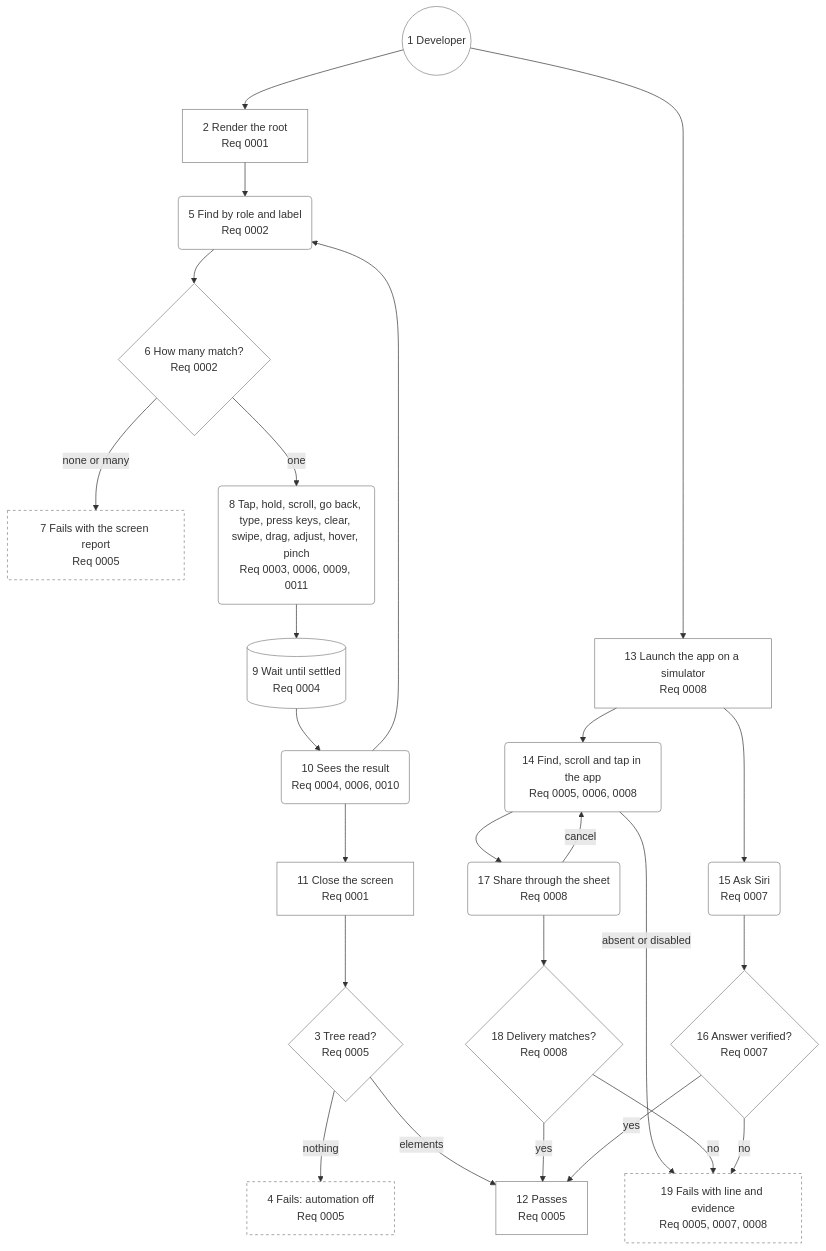
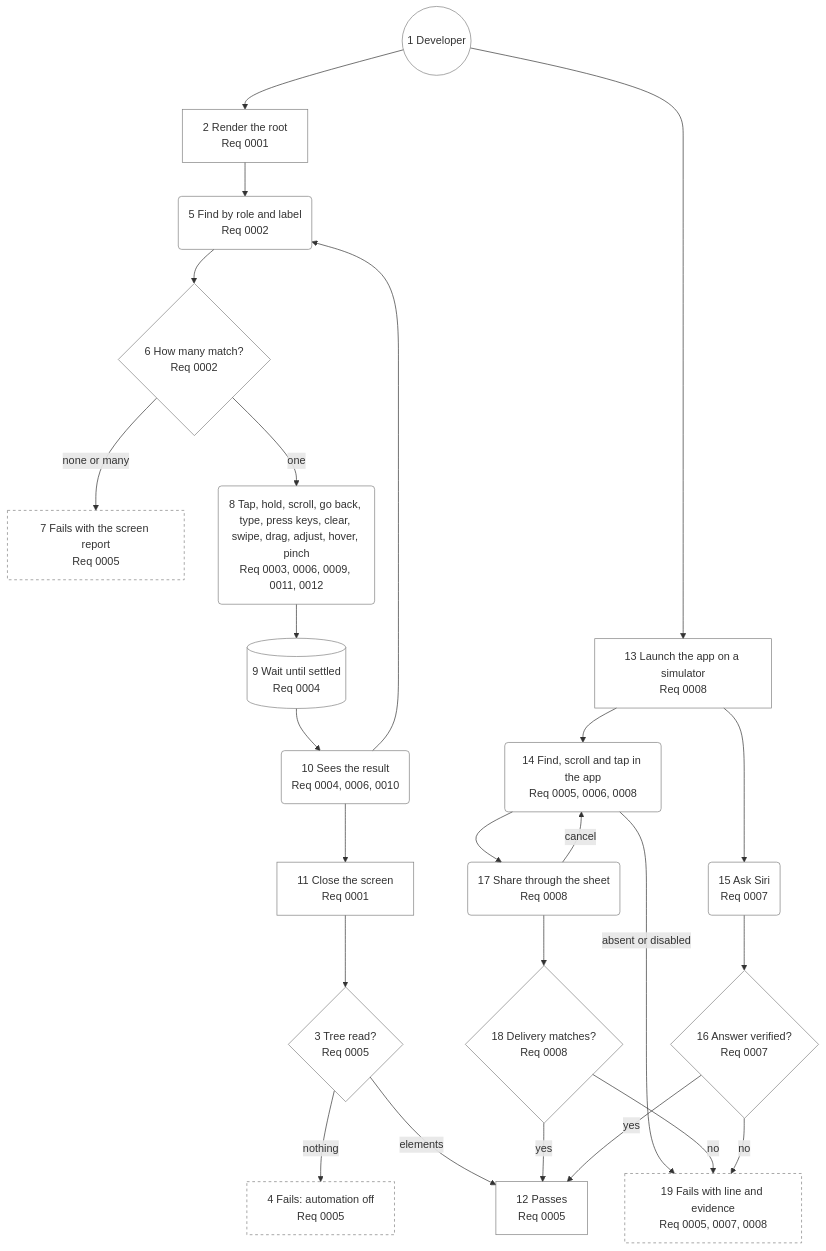
The diagram in docs/architecture/05-user-journey.md (may-journal/apple-ui-testing-library), drawn with Mermaid before and after one commit. The commit also changed 15 other files, not shown here.

````diff
--- a/docs/architecture/05-user-journey.md
+++ b/docs/architecture/05-user-journey.md
@@ -13,54 +13,54 @@
 ```mermaid
 flowchart TB
     dev((1 Developer)):::persona
     render[2 Render the root<br/>Req 0001]:::step
     canary{3 Tree read?<br/>Req 0005}:::check
     empty[4 Fails: automation off<br/>Req 0005]:::blocked
     find(5 Find by role and label<br/>Req 0002):::action
     match{6 How many match?<br/>Req 0002}:::check
     missing[7 Fails with the screen report<br/>Req 0005]:::blocked
-    act(8 Tap, hold, scroll, go back, type, press keys, clear, swipe, drag, adjust, hover, pinch<br/>Req 0003, 0006, 0009, 0011):::action
+    act(8 Tap, hold, scroll, go back, type, press keys, clear, swipe, drag, adjust, hover, pinch<br/>Req 0003, 0006, 0009, 0011, 0012):::action
     settle[(9 Wait until settled<br/>Req 0004)]:::system
     sees(10 Sees the result<br/>Req 0004, 0006, 0010):::action
     close[11 Close the screen<br/>Req 0001]:::step
     passes[12 Passes<br/>Req 0005]:::step
     launch[13 Launch the app on a simulator<br/>Req 0008]:::step
     tap(14 Find, scroll and tap in the app<br/>Req 0005, 0006, 0008):::action
     siri(15 Ask Siri<br/>Req 0007):::action
     answer{16 Answer verified?<br/>Req 0007}:::check
     share(17 Share through the sheet<br/>Req 0008):::action
     delivery{18 Delivery matches?<br/>Req 0008}:::check
     sysFails[19 Fails with line and evidence<br/>Req 0005, 0007, 0008]:::blocked
 
     dev --> render
     render --> find
     find --> match
     match -->|one| act
     match -->|none or many| missing
     act --> settle
     settle --> sees
     sees --> find
     sees --> close
     close --> canary
     canary -->|nothing| empty
     canary -->|elements| passes
     dev --> launch
     launch --> tap
     launch --> siri
     tap -->|absent or disabled| sysFails
     tap --> share
     share -->|cancel| tap
     share --> delivery
     delivery -->|yes| passes
     delivery -->|no| sysFails
     siri --> answer
     answer -->|yes| passes
     answer -->|no| sysFails
 
     classDef persona fill:none,stroke:gray
     classDef step fill:none,stroke:gray
     classDef action fill:none,stroke:gray
     classDef check fill:none,stroke:gray
     classDef system fill:none,stroke:gray
     classDef blocked fill:none,stroke:gray,stroke-dasharray:4
 ```
````
